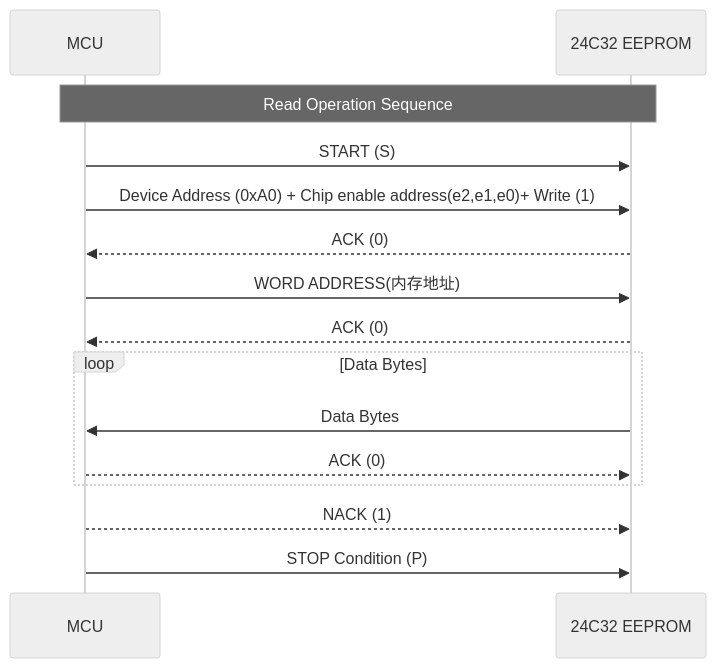
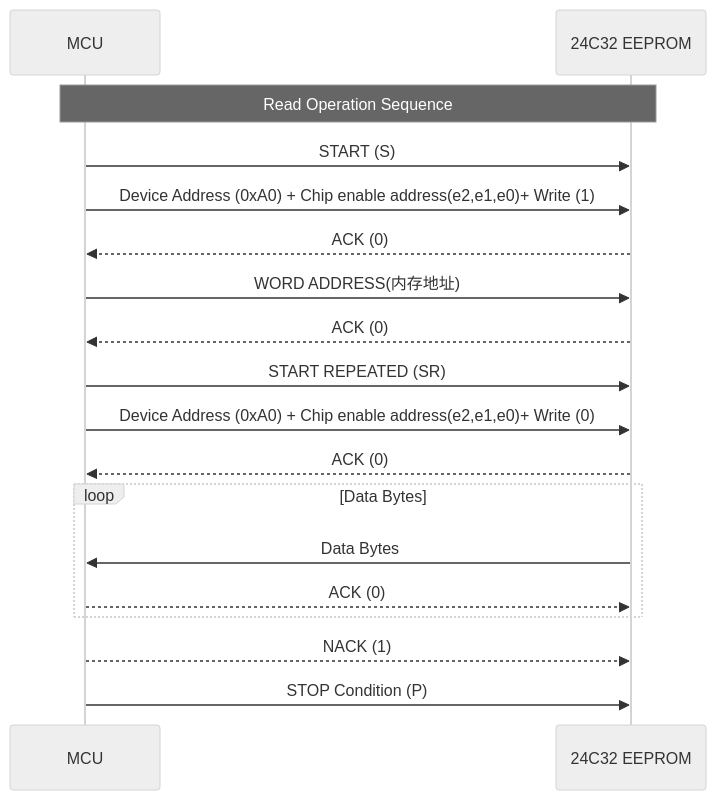
Before and after one commit to YooyoJin/yooyojin.github.io: the third of 3 diagrams in _posts/2025-06-19-eeprom_case.md, drawn with Mermaid (neutral theme). The commit also changed other lines of this file and 9 other files, not shown here.

````diff
--- a/_posts/2025-06-19-eeprom_case.md
+++ b/_posts/2025-06-19-eeprom_case.md
@@ -270,18 +272,21 @@
 ``` mermaid
 sequenceDiagram
     participant MCU
     participant EEPROM as 24C32 EEPROM
 
     Note over MCU,EEPROM: Read Operation Sequence
     MCU->>EEPROM: START (S)
     MCU->>EEPROM: Device Address (0xA0) + Chip enable address(e2,e1,e0)+ Write (1)
     EEPROM-->>MCU: ACK (0)
     MCU->>EEPROM: WORD ADDRESS(内存地址)
     EEPROM-->>MCU: ACK (0)
+    MCU->>EEPROM: START REPEATED (SR)
+    MCU->>EEPROM: Device Address (0xA0) + Chip enable address(e2,e1,e0)+ Write (0)
+    EEPROM-->>MCU: ACK (0)
     loop Data Bytes
         EEPROM->>MCU: Data Bytes
         MCU-->>EEPROM: ACK (0)
     end
     MCU-->>EEPROM: NACK (1)
     MCU->>EEPROM: STOP Condition (P)
 ```
````
